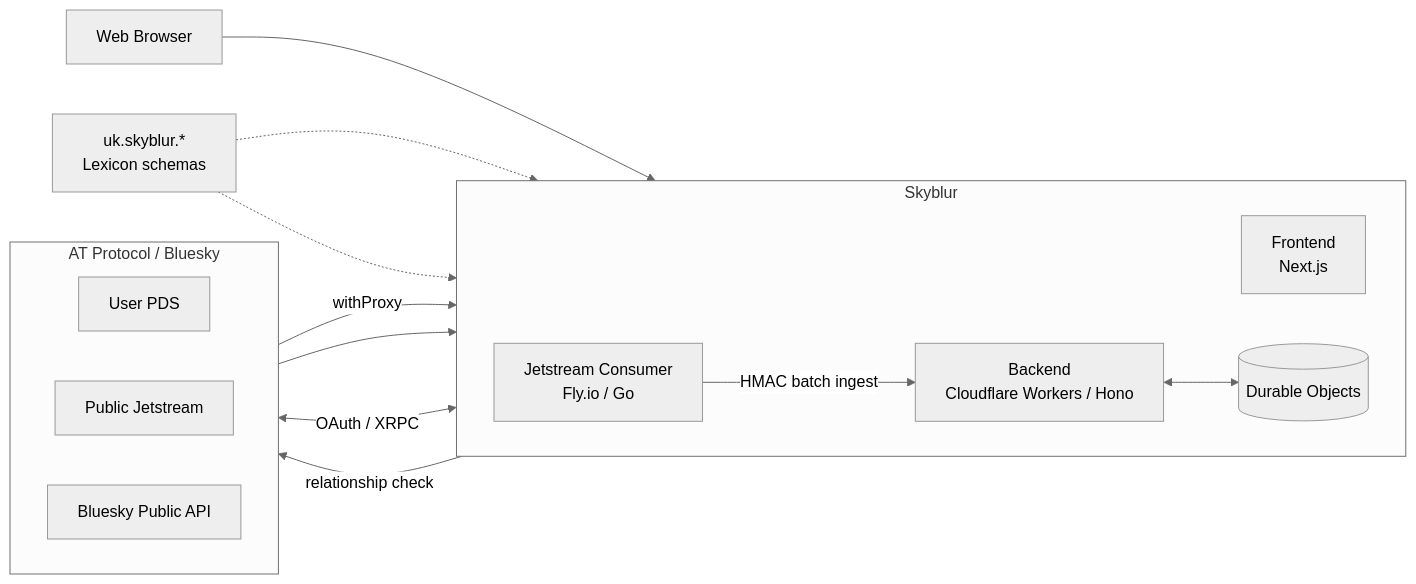
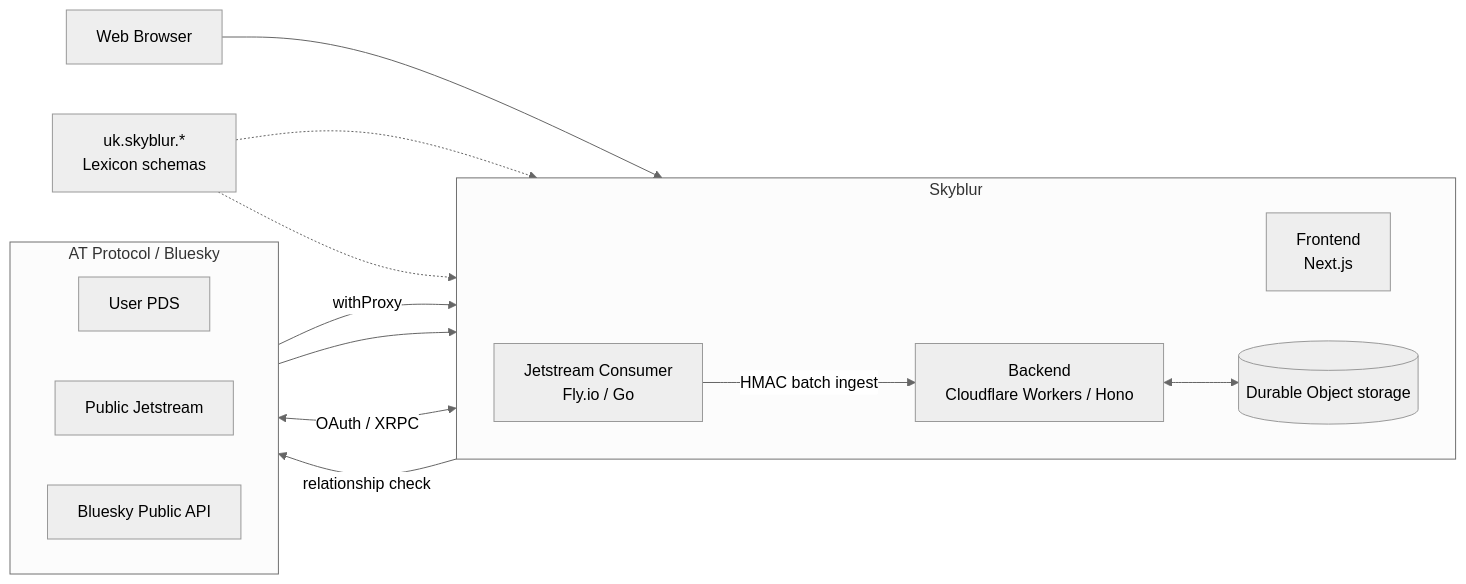
One commit to usounds/Skyblur changed the first of 4 diagrams in README.md. Above: the diagram before and after it, drawn with Mermaid (neutral theme). The commit also changed other lines of this file, not shown here.

````diff
--- a/README.md
+++ b/README.md
@@ -10,31 +10,31 @@
 ```mermaid
 flowchart LR
     Browser["Web Browser"]
 
     subgraph Skyblur["Skyblur"]
         direction LR
         Frontend["Frontend<br/>Next.js"]
         Backend["Backend<br/>Cloudflare Workers / Hono"]
         Consumer["Jetstream Consumer<br/>Fly.io / Go"]
-        DO[("Durable Objects")]
+        DO[("Durable Object storage")]
     end
 
     subgraph ATProtocol["AT Protocol / Bluesky"]
         direction LR
         PDS["User PDS"]
         Jetstream["Public Jetstream"]
         PublicAPI["Bluesky Public API"]
     end
 
     Lexicons["uk.skyblur.*<br/>Lexicon schemas"]
 
     Browser --> Frontend
     Frontend <-->|"OAuth / XRPC"| PDS
     PDS -->|"withProxy"| Backend
     Backend <--> DO
     Backend -->|"relationship check"| PublicAPI
     Jetstream --> Consumer
     Consumer -->|"HMAC batch ingest"| Backend
     Lexicons -.-> Frontend
     Lexicons -.-> Backend
 ```
````
